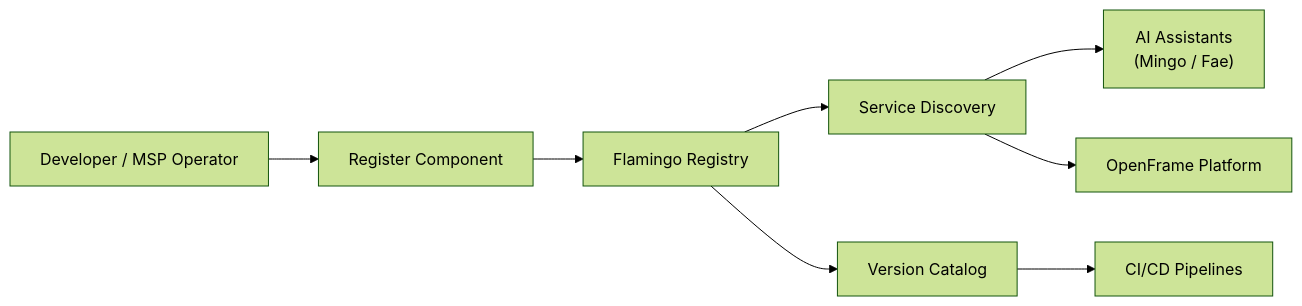
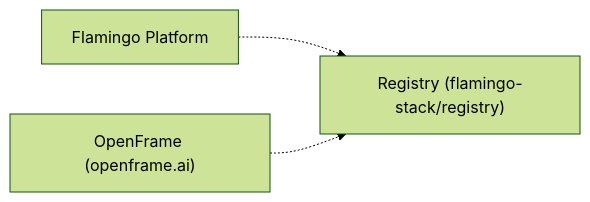
One commit to flamingo-stack/registry changed the diagram in docs/getting-started/introduction.md. Above: the diagram before and after it, drawn with Mermaid (forest theme). The commit also changed other lines of this file and 4 other files, not shown here.

````diff
--- a/docs/getting-started/introduction.md
+++ b/docs/getting-started/introduction.md
@@ -59,10 +33,9 @@
 ```mermaid
-graph LR
-    Developer["Developer / MSP Operator"] --> Register["Register Component"]
-    Register --> Registry["Flamingo Registry"]
-    Registry --> Discovery["Service Discovery"]
-    Registry --> Catalog["Version Catalog"]
-    Discovery --> AI["AI Assistants\n(Mingo / Fae)"]
-    Discovery --> Platform["OpenFrame Platform"]
-    Catalog --> CI["CI/CD Pipelines"]
+flowchart LR
+    Registry["Registry (flamingo-stack/registry)"]
+    Flamingo["Flamingo Platform"]
+    OpenFrame["OpenFrame (openframe.ai)"]
+
+    Flamingo -.-> Registry
+    OpenFrame -.-> Registry
 ```
````
